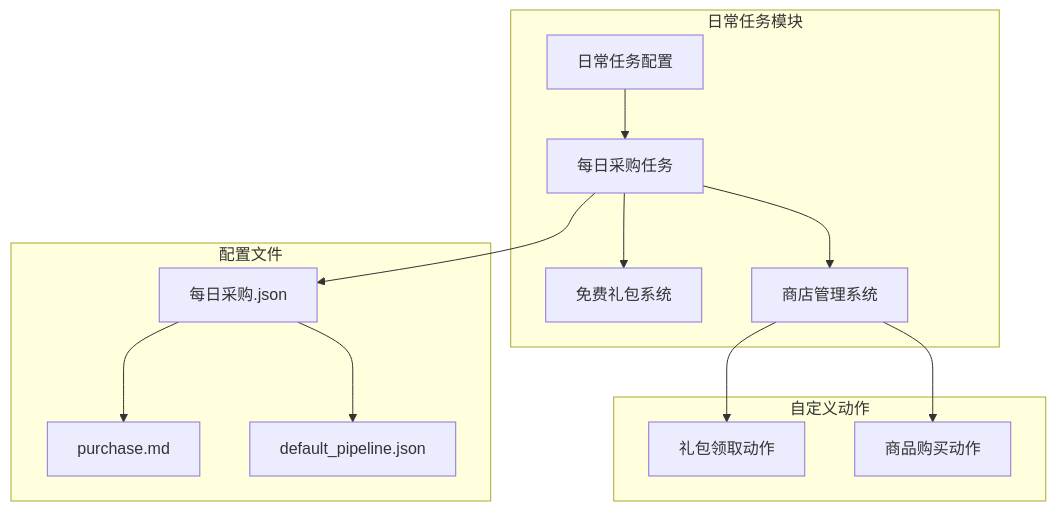
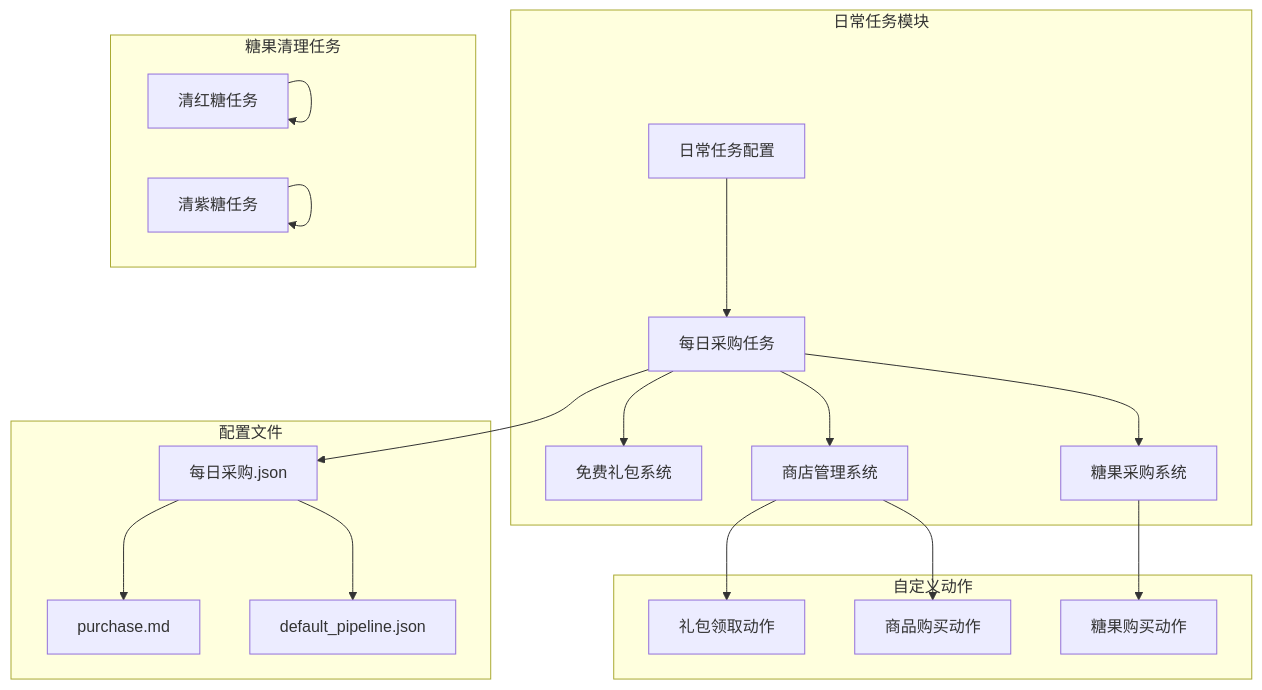
Before and after one commit to kqcoxn/MaaDuDuL: the first of 9 diagrams in .qoder/repowiki/zh/content/Daily Purchase Functionality.md, drawn with Mermaid. The commit also changed other lines of this file and 9 other files, not shown here.

````diff
--- a/.qoder/repowiki/zh/content/Daily Purchase Functionality.md
+++ b/.qoder/repowiki/zh/content/Daily Purchase Functionality.md
@@ -36,26 +51,36 @@
 ```mermaid
 graph TB
 subgraph "日常任务模块"
 DailyTask[日常任务配置]
 Purchase[每日采购任务]
 FreeGift[免费礼包系统]
 Store[商店管理系统]
+Candy[糖果采购系统]
 end
 subgraph "配置文件"
 TaskConfig[每日采购.json]
 DescConfig[purchase.md]
 PipelineConfig[default_pipeline.json]
 end
 subgraph "自定义动作"
 GiftAction[礼包领取动作]
 BuyAction[商品购买动作]
+CandyAction[糖果购买动作]
+end
+subgraph "糖果清理任务"
+RedCandy[清红糖任务]
+PurpleCandy[清紫糖任务]
 end
 DailyTask --> Purchase
 Purchase --> FreeGift
 Purchase --> Store
+Purchase --> Candy
 Purchase --> TaskConfig
 TaskConfig --> DescConfig
 TaskConfig --> PipelineConfig
 Store --> GiftAction
 Store --> BuyAction
+Candy --> CandyAction
+RedCandy --> RedCandy
+PurpleCandy --> PurpleCandy
 ```
````
